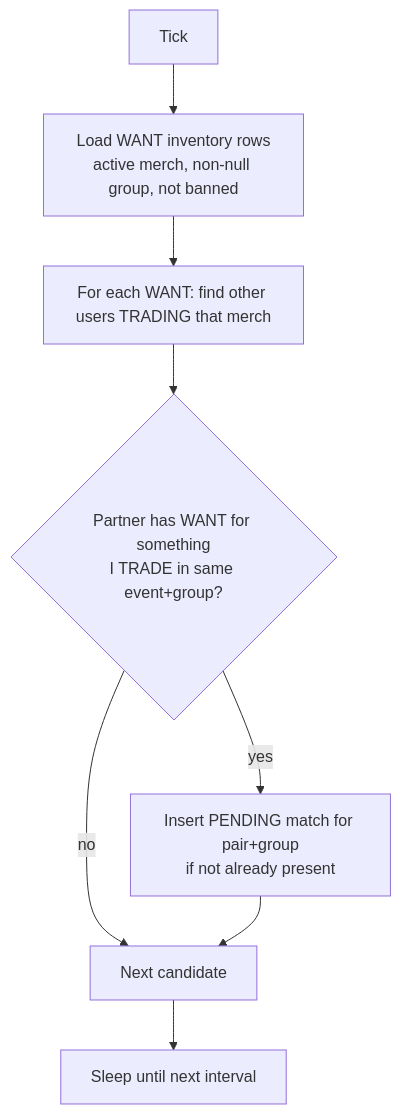
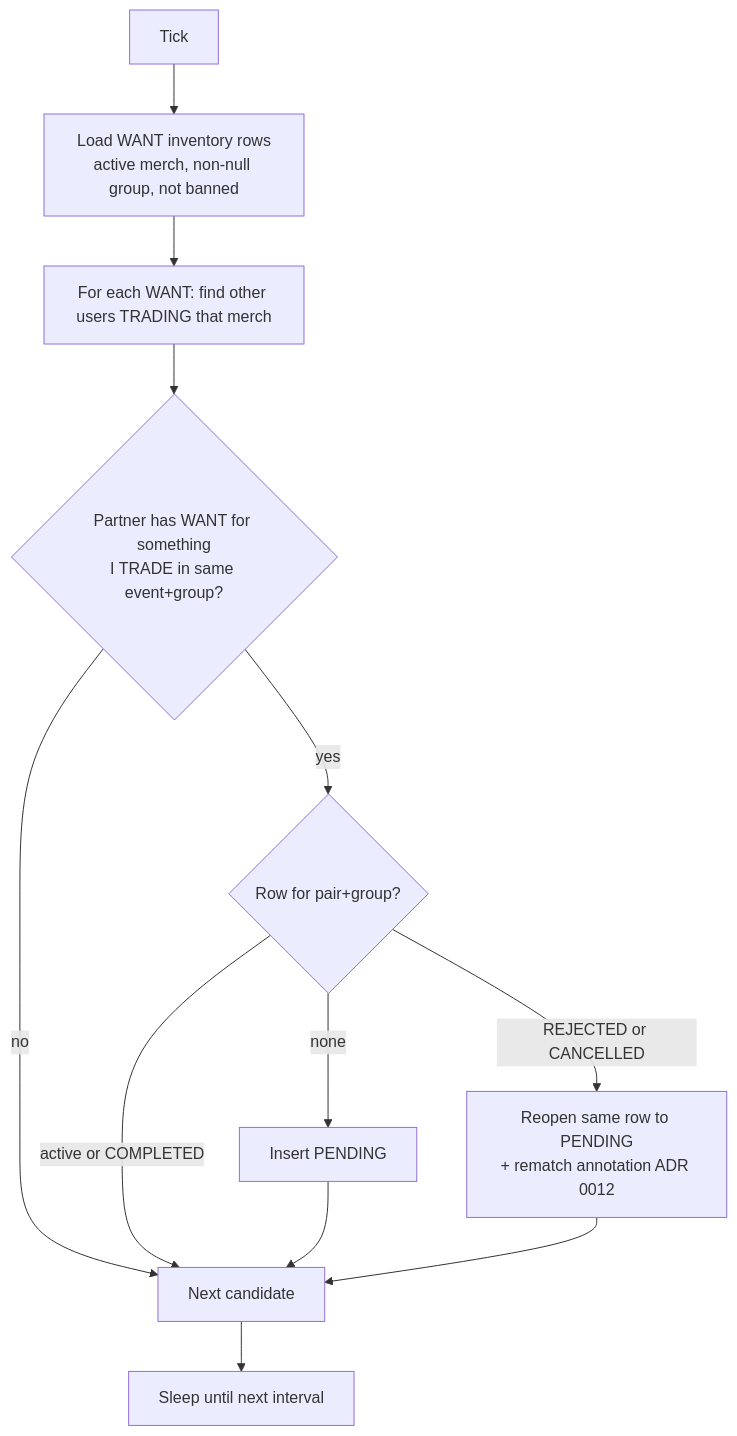
One commit to menonu/ymatch changed the second of 5 diagrams in docs/explanation/architecture/06-runtime.md. Above: the diagram before and after it, drawn with Mermaid. The commit also changed other lines of this file and 18 other files, not shown here.

First line of the commit message:
feat(matching): rematch after REJECTED/CANCELLED (ADR 0012)

````diff
--- a/docs/explanation/architecture/06-runtime.md
+++ b/docs/explanation/architecture/06-runtime.md
@@ -56,10 +56,14 @@
 ```mermaid
 flowchart TD
   A[Tick] --> B[Load WANT inventory rows<br/>active merch, non-null group, not banned]
   B --> C[For each WANT: find other users TRADING that merch]
   C --> D{Partner has WANT for something<br/>I TRADE in same event+group?}
-  D -->|yes| E[Insert PENDING match for pair+group<br/>if not already present]
+  D -->|yes| E{Row for pair+group?}
   D -->|no| F[Next candidate]
-  E --> F
-  F --> G[Sleep until next interval]
+  E -->|none| G[Insert PENDING]
+  E -->|REJECTED or CANCELLED| H[Reopen same row to PENDING<br/>+ rematch annotation ADR 0012]
+  E -->|active or COMPLETED| F
+  G --> F
+  H --> F
+  F --> I[Sleep until next interval]
 ```
````
